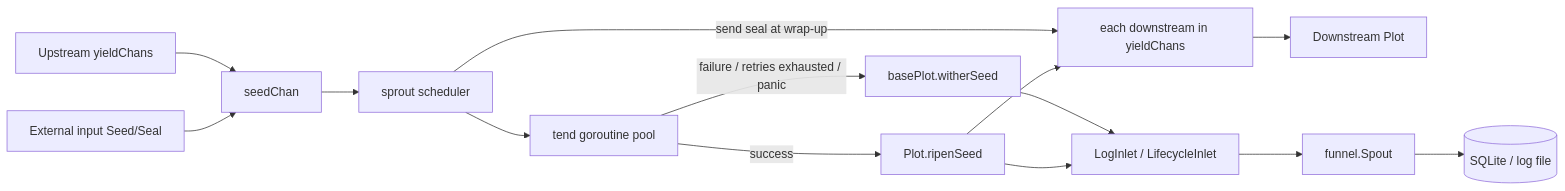
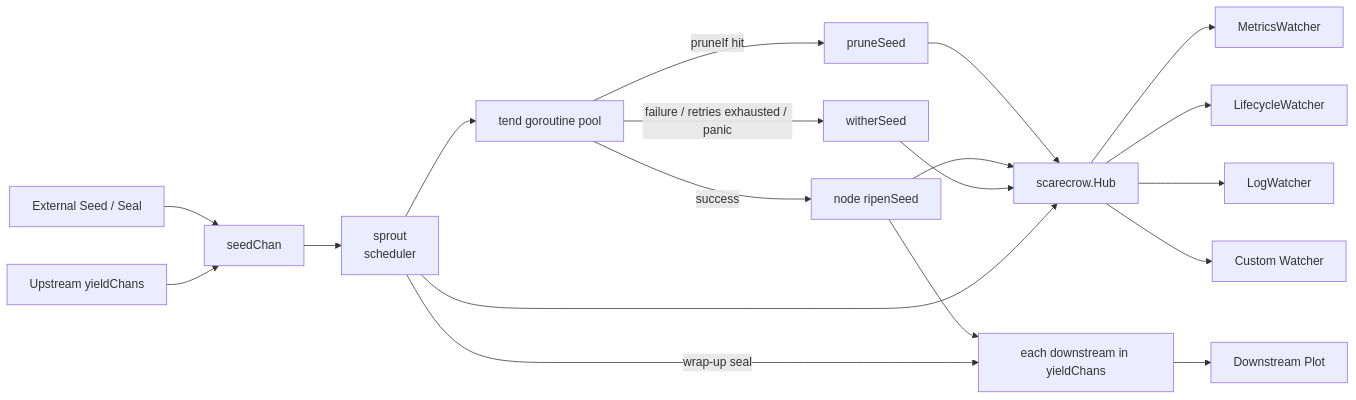
The first of 2 diagrams in docs/en/pkg/plot/plot.md (Mr-xiaotian/CelestialGrow), drawn with Mermaid before and after one commit. The commit also changed other lines of this file and 103 other files, not shown here.

````diff
--- a/docs/en/pkg/plot/plot.md
+++ b/docs/en/pkg/plot/plot.md
@@ -79,16 +181,21 @@
 ```mermaid
 flowchart LR
-    Ext[External input Seed/Seal] --> SC[seedChan]
+    Ext[External Seed / Seal] --> SC[seedChan]
     UP[Upstream yieldChans] --> SC
-    SC --> SP[sprout scheduler]
+    SC --> SP[sprout<br/>scheduler]
     SP --> T[tend goroutine pool]
-    T -->|success| R[Plot.ripenSeed]
-    T -->|failure / retries exhausted / panic| W[basePlot.witherSeed]
+    T -->|pruneIf hit| PR[pruneSeed]
+    T -->|success| R[node ripenSeed]
+    T -->|failure / retries exhausted / panic| W[witherSeed]
     R --> FC[each downstream in yieldChans]
-    R --> LI[LogInlet / LifecycleInlet]
-    W --> LI
-    SP -->|send seal at wrap-up| FC
+    SP -->|wrap-up seal| FC
     FC --> DP[Downstream Plot]
-    LI --> FUN[funnel.Spout]
-    FUN --> DB[(SQLite / log file)]
+    PR --> HUB[scarecrow.Hub]
+    R --> HUB
+    W --> HUB
+    SP --> HUB
+    HUB --> W1[MetricsWatcher]
+    HUB --> W2[LifecycleWatcher]
+    HUB --> W3[LogWatcher]
+    HUB --> W4[Custom Watcher]
 ```
````
